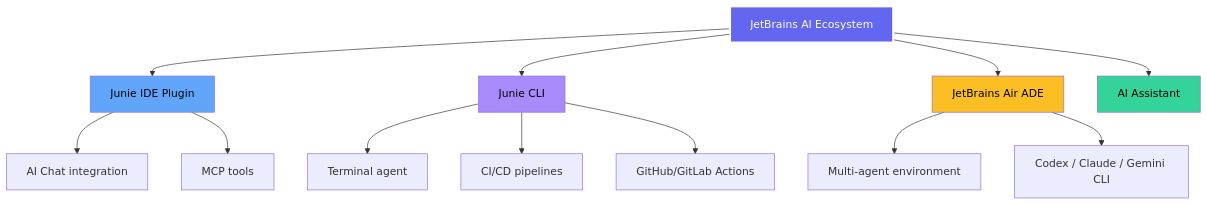
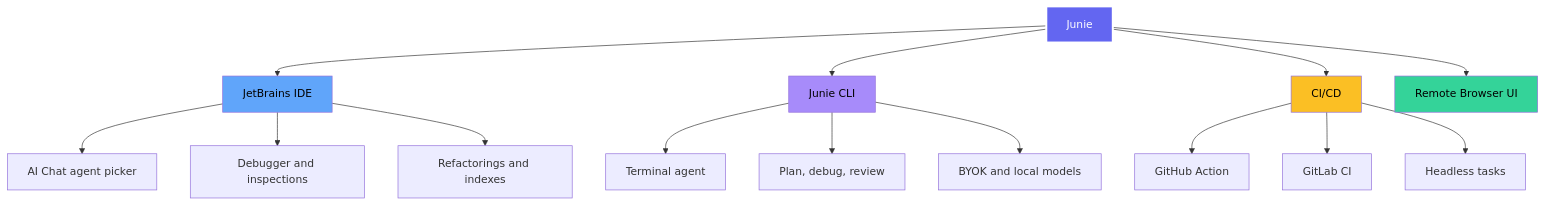
One commit to kousen/junie-training changed the second of 8 diagrams in slides.md. Above: the diagram before and after it, drawn with Mermaid. The commit also changed other lines of this file and 29 other files, not shown here.

````diff
--- a/slides.md
+++ b/slides.md
@@ -247,23 +217,25 @@
 ```mermaid
 graph TD
-    A[JetBrains AI Ecosystem] --> B[Junie IDE Plugin]
+    A[Junie] --> B[JetBrains IDE]
     A --> C[Junie CLI]
-    A --> D[JetBrains Air ADE]
-    A --> E[AI Assistant]
+    A --> D[CI/CD]
+    A --> E[Remote Browser UI]
 
-    B --> B1[AI Chat integration]
-    B --> B2[MCP tools]
+    B --> B1[AI Chat agent picker]
+    B --> B2[Debugger and inspections]
+    B --> B3[Refactorings and indexes]
 
     C --> C1[Terminal agent]
-    C --> C2[CI/CD pipelines]
-    C --> C3[GitHub/GitLab Actions]
+    C --> C2[Plan, debug, review]
+    C --> C3[BYOK and local models]
 
-    D --> D1[Multi-agent environment]
-    D --> D2[Codex / Claude / Gemini CLI]
+    D --> D1[GitHub Action]
+    D --> D2[GitLab CI]
+    D --> D3[Headless tasks]
 
     style A fill:#6366f1,stroke:#fff,stroke-width:3px,color:#fff
     style B fill:#60a5fa,color:#000
     style C fill:#a78bfa,color:#000
     style D fill:#fbbf24,color:#000
     style E fill:#34d399,color:#000
 ```
````
